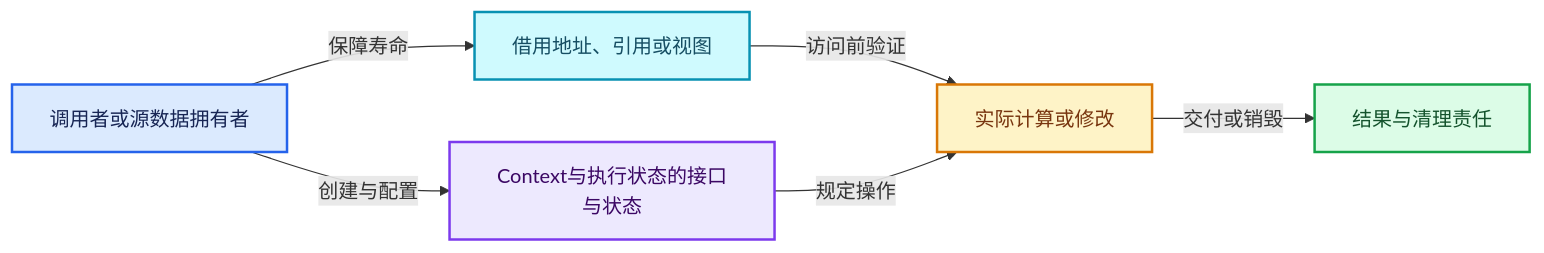
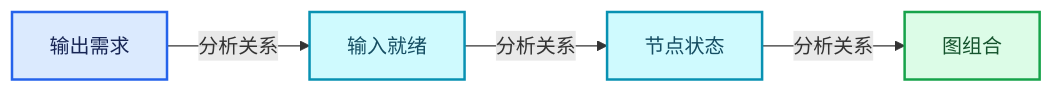
Before and after one commit to yunkezengren/blender-.vscode: the third of 4 diagrams in 杂/markdown/全面学习-codex/09-LazyFunction与节点执行架构/04-Context与执行状态.md, drawn with Mermaid. The commit also changed other lines of this file and 1930 other files, not shown here.

````diff
--- a/杂/markdown/全面学习-codex/09-LazyFunction与节点执行架构/04-Context与执行状态.md
+++ b/杂/markdown/全面学习-codex/09-LazyFunction与节点执行架构/04-Context与执行状态.md
@@ -359,19 +58,16 @@
 ```mermaid
 flowchart LR
-  O["调用者或源数据拥有者"]:::input
-  V["Context与执行状态的接口与状态"]:::abstraction
-  B["借用地址、引用或视图"]:::data
-  W["实际计算或修改"]:::compute
-  R["结果与清理责任"]:::result
-  O -->|"创建与配置"| V
-  O -->|"保障寿命"| B
-  B -->|"访问前验证"| W
-  V -->|"规定操作"| W
-  W -->|"交付或销毁"| R
+  P0["输出需求"]:::input
+  P1["输入就绪"]:::data
+  P2["节点状态"]:::data
+  P3["图组合"]:::result
+  P0 -->|"分析关系"| P1
+  P1 -->|"分析关系"| P2
+  P2 -->|"分析关系"| P3
   classDef input fill:#DBEAFE,stroke:#2563EB,color:#172554,stroke-width:2px;
   classDef data fill:#CFFAFE,stroke:#0891B2,color:#164E63,stroke-width:2px;
   classDef abstraction fill:#EDE9FE,stroke:#7C3AED,color:#3B0764,stroke-width:2px;
   classDef compute fill:#FEF3C7,stroke:#D97706,color:#78350F,stroke-width:2px;
   classDef result fill:#DCFCE7,stroke:#16A34A,color:#14532D,stroke-width:2px;
   classDef error fill:#FEE2E2,stroke:#DC2626,color:#7F1D1D,stroke-width:2px;
 ```
````
